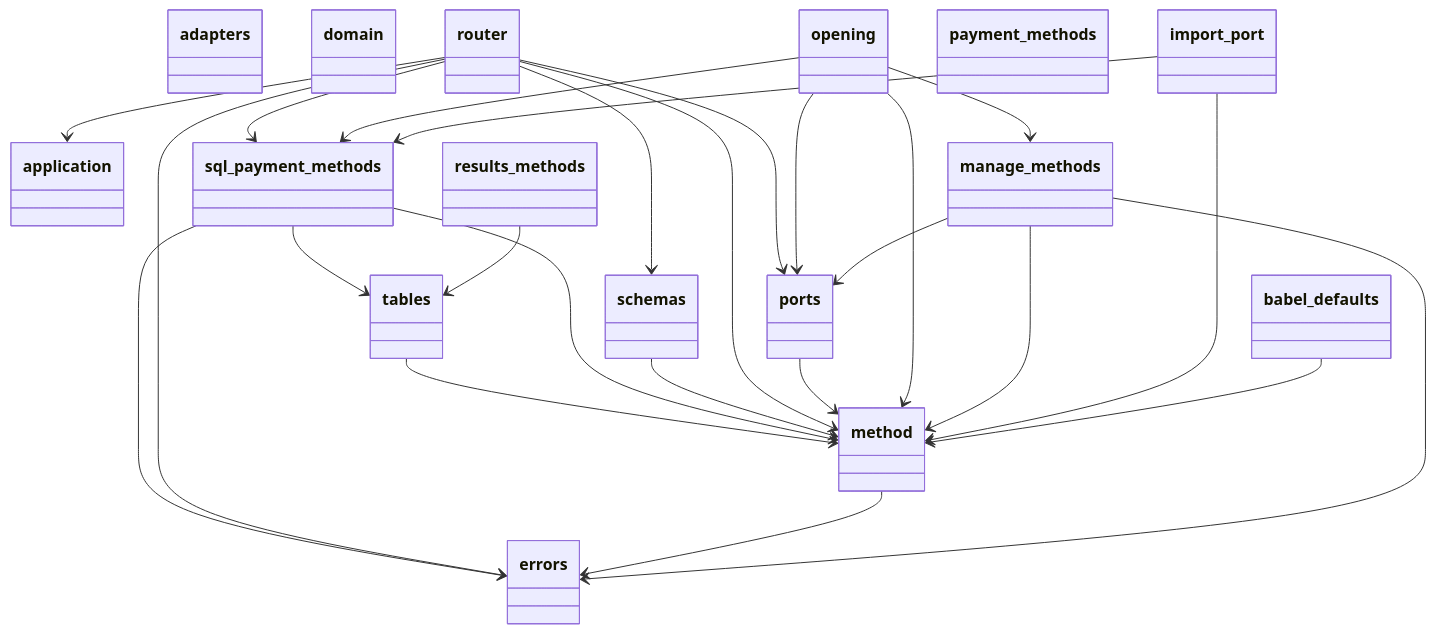
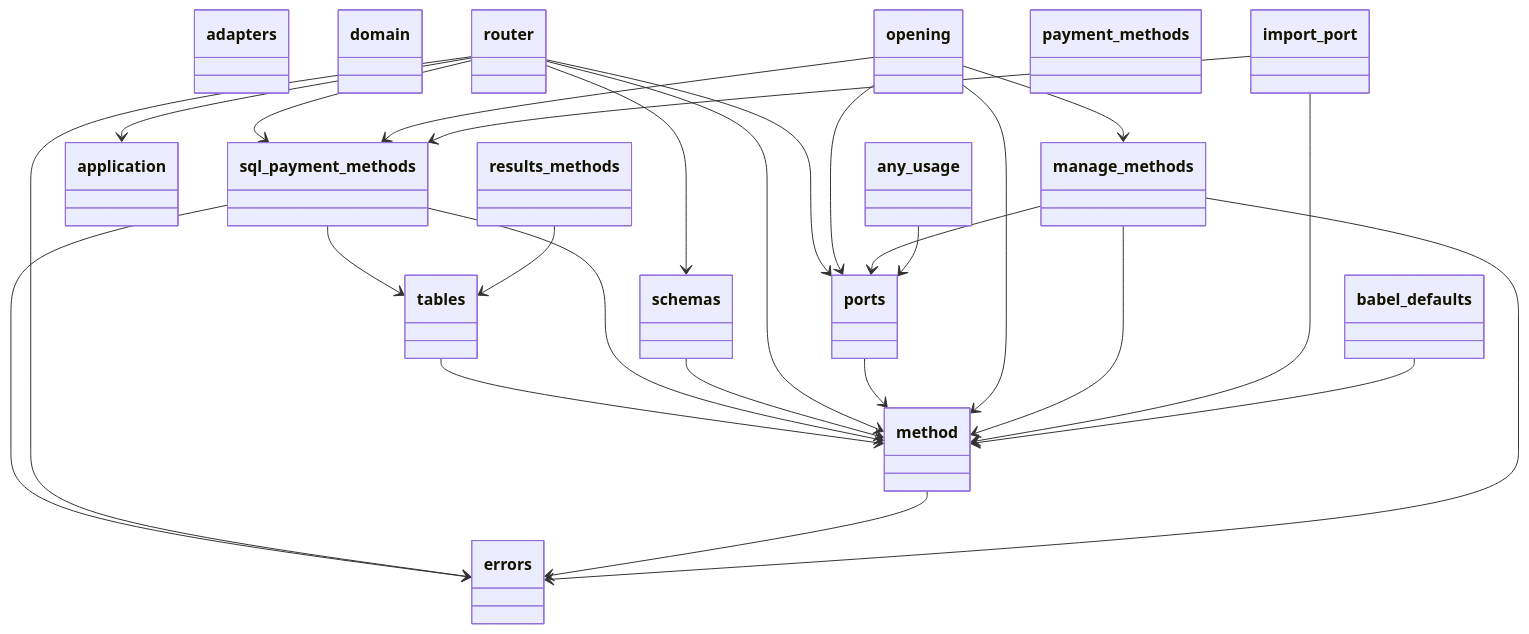
One commit to GonzaloZevallos/apostrophe changed the first of 4 diagrams in docs/architecture/generated/classes/payment_methods.md. Above: the diagram before and after it, drawn with Mermaid. The commit also changed other lines of this file and 2 other files, not shown here.

Commit message:
chore(docs): regenerate [skip ci]

````diff
--- a/docs/architecture/generated/classes/payment_methods.md
+++ b/docs/architecture/generated/classes/payment_methods.md
@@ -7,59 +7,62 @@
 ```mermaid
 classDiagram
   class adapters {
+  }
+  class any_usage {
   }
   class application {
   }
   class babel_defaults {
   }
   class domain {
   }
   class errors {
   }
   class import_port {
   }
   class manage_methods {
   }
   class method {
   }
   class opening {
   }
   class payment_methods {
   }
   class ports {
   }
   class results_methods {
   }
   class router {
   }
   class schemas {
   }
   class sql_payment_methods {
   }
   class tables {
   }
+  any_usage --> ports
   babel_defaults --> method
   import_port --> method
   import_port --> sql_payment_methods
   manage_methods --> errors
   manage_methods --> method
   manage_methods --> ports
   method --> errors
   opening --> manage_methods
   opening --> method
   opening --> ports
   opening --> sql_payment_methods
   ports --> method
   results_methods --> tables
   router --> application
   router --> errors
   router --> method
   router --> ports
   router --> schemas
   router --> sql_payment_methods
   schemas --> method
   sql_payment_methods --> errors
   sql_payment_methods --> method
   sql_payment_methods --> tables
   tables --> method
 ```
````
